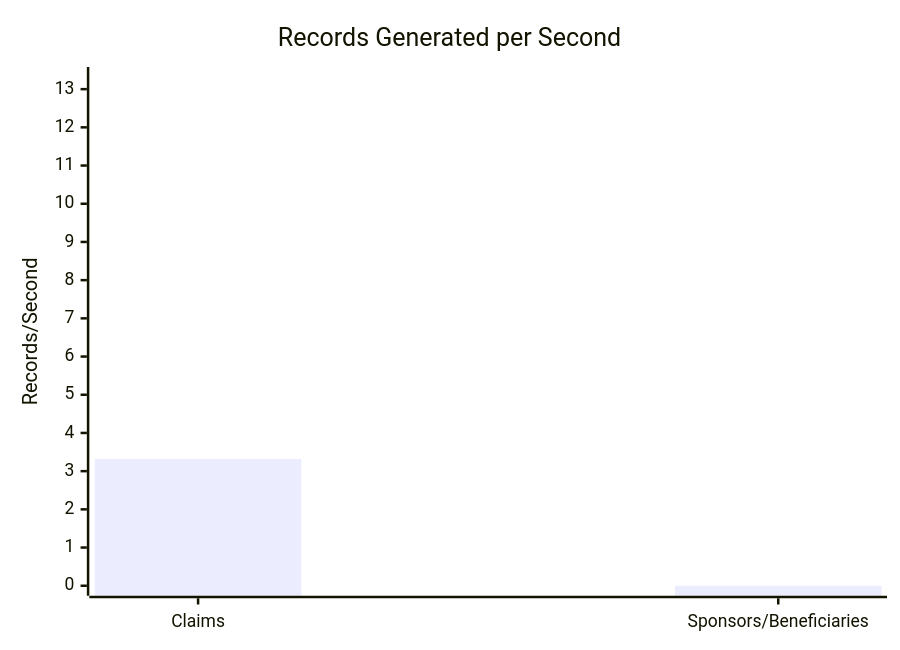
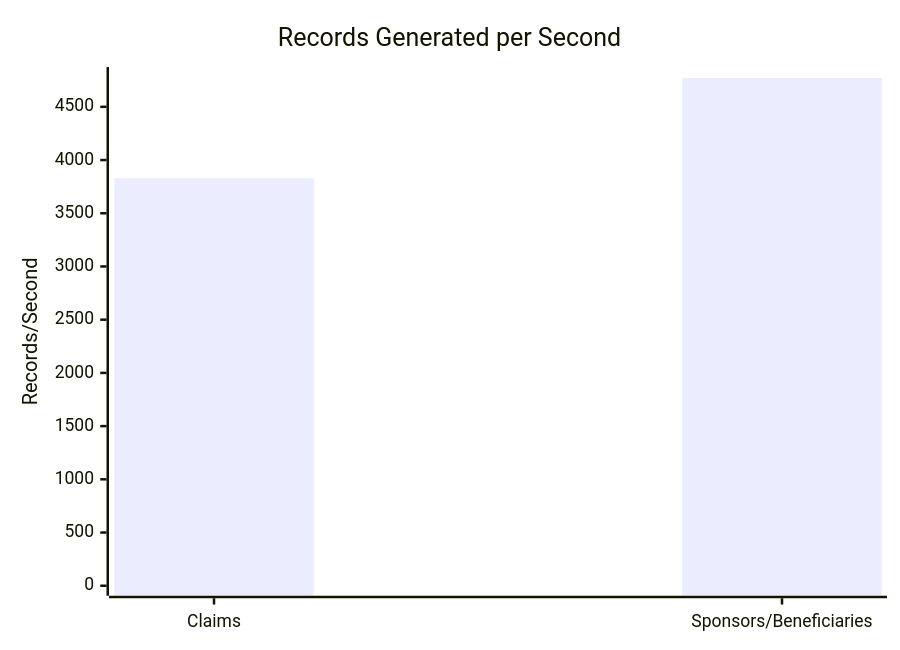
The first of 11 diagrams in test-tools/DataGen/src/Statistics_Visualizer.md (dhagan-va/intern-2025), drawn with Mermaid before and after one commit. The commit also changed other lines of this file and 2 other files, not shown here.

````diff
--- a/test-tools/DataGen/src/Statistics_Visualizer.md
+++ b/test-tools/DataGen/src/Statistics_Visualizer.md
@@ -18,7 +18,7 @@
 ```mermaid
 xychart-beta
     title "Records Generated per Second"
     x-axis ["Claims", "Sponsors/Beneficiaries"]
-    y-axis "Records/Second" 0 --> 13.3178500331785
-    bar [3.3178500331785, 0.0]
+    y-axis "Records/Second" 0 --> 4780.284383360559
+    bar [3829.814329759197, 4770.284383360559]
 ```
````
